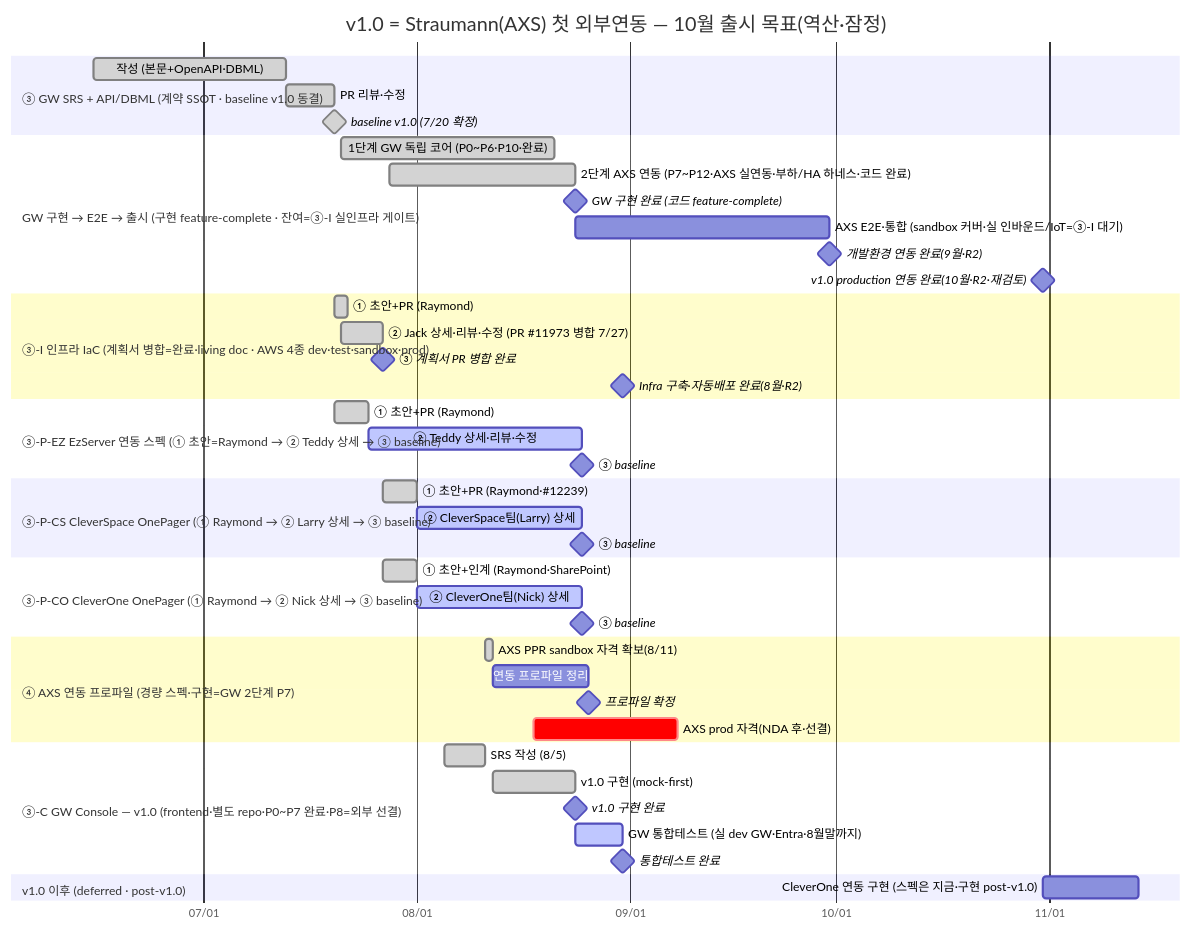
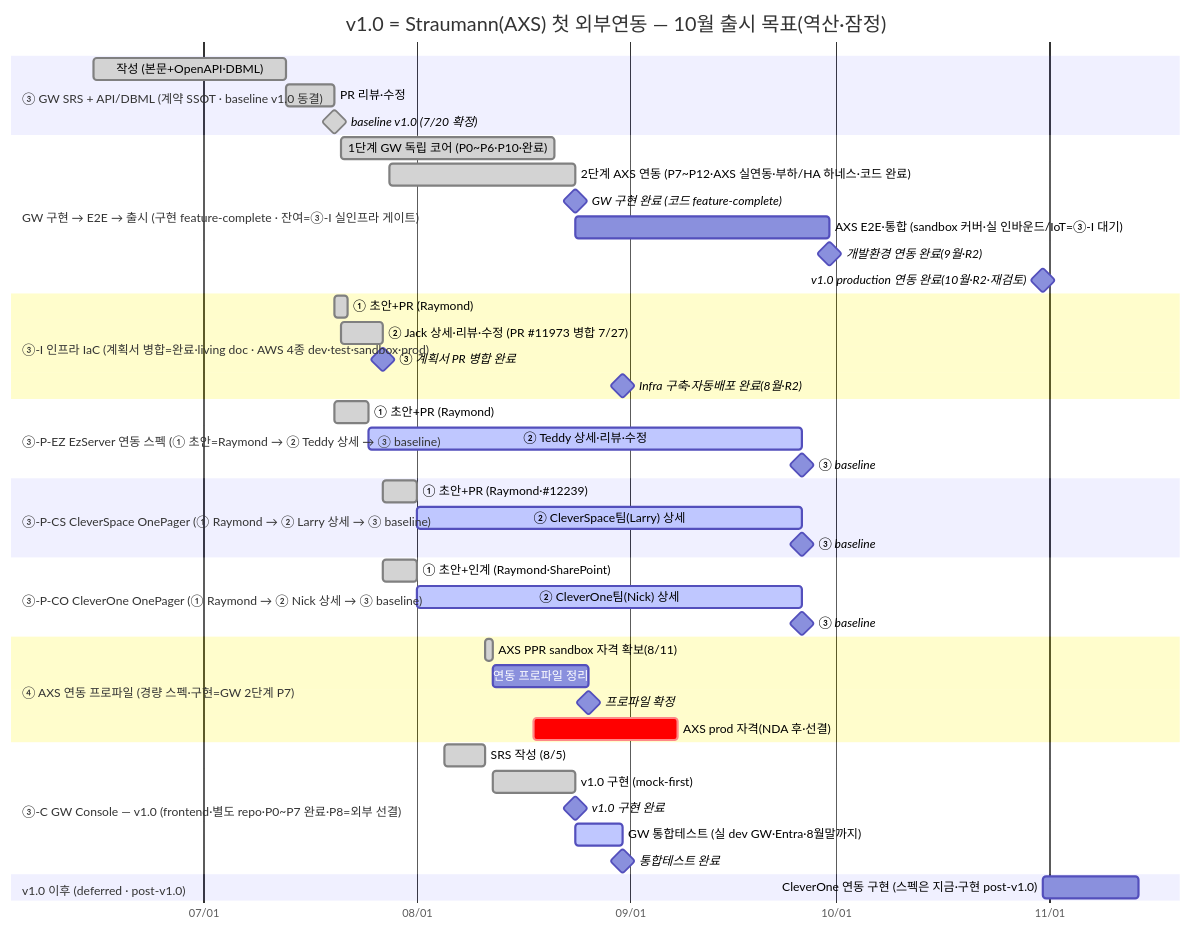
The diagram in docs/VT_API_Gateway/08.VT_API_Gateway/주간회의-Agenda.md (gracegyu/scp-architecture), drawn with Mermaid before and after one commit. The commit also changed other lines of this file, not shown here.

````diff
--- a/docs/VT_API_Gateway/08.VT_API_Gateway/주간회의-Agenda.md
+++ b/docs/VT_API_Gateway/08.VT_API_Gateway/주간회의-Agenda.md
@@ -62,57 +88,57 @@
     ```mermaid
     gantt
         title v1.0 = Straumann(AXS) 첫 외부연동 — 10월 출시 목표(역산·잠정)
         dateFormat YYYY-MM-DD
         axisFormat %m/%d
         todayMarker stroke-width:3px,stroke:#d33,opacity:0.6
 
         section ③ GW SRS + API/DBML (계약 SSOT · baseline v1.0 동결)
         작성 (본문+OpenAPI·DBML)       :done, srsw, 2026-06-15, 28d
         PR 리뷰·수정                  :done, srspr, 2026-07-13, 2026-07-20
         baseline v1.0 (7/20 확정)      :milestone, done, srsbl, 2026-07-20, 0d
 
         section GW 구현 → E2E → 출시 (구현 feature-complete · 잔여=③-I 실인프라 게이트)
         1단계 GW 독립 코어 (P0~P6·P10·완료) :done, implindep, 2026-07-21, 31d
         2단계 AXS 연동 (P7~P12·AXS 실연동·부하/HA 하네스·코드 완료) :done, implaxs, 2026-07-28, 2026-08-24
         GW 구현 완료 (코드 feature-complete) :milestone, impldone, 2026-08-24, 0d
         AXS E2E·통합 (sandbox 커버·실 인바운드/IoT=③-I 대기) :e2e, 2026-08-24, 2026-09-30
         개발환경 연동 완료(9월·R2)      :milestone, dev9, 2026-09-30, 0d
         v1.0 production 연동 완료(10월·R2·재검토) :milestone, rel, 2026-10-31, 0d
 
         section ③-I 인프라 IaC (계획서 병합=완료·living doc · AWS 4종 dev·test·sandbox·prod)
         ① 초안+PR (Raymond)            :done, infw, 2026-07-20, 2d
         ② Jack 상세·리뷰·수정 (PR #11973 병합 7/27) :done, infpr, 2026-07-21, 6d
         ③ 계획서 PR 병합 완료          :milestone, infbl, 2026-07-27, 0d
         Infra 구축·자동배포 완료(8월·R2) :milestone, infra8, 2026-08-31, 0d
 
         section ③-P-EZ EzServer 연동 스펙 (① 초안=Raymond → ② Teddy 상세 → ③ baseline)
         ① 초안+PR (Raymond)            :done, ezw, 2026-07-20, 5d
-        ② Teddy 상세·리뷰·수정         :active, ezpr, after ezw, 31d
+        ② Teddy 상세·리뷰·수정         :active, ezpr, after ezw, 63d
         ③ baseline                     :milestone, ezbl, after ezpr, 0d
 
         section ③-P-CS CleverSpace OnePager (① Raymond → ② Larry 상세 → ③ baseline)
         ① 초안+PR (Raymond·#12239)     :done, cssub, 2026-07-27, 5d
-        ② CleverSpace팀(Larry) 상세    :active, cspr, after cssub, 24d
+        ② CleverSpace팀(Larry) 상세    :active, cspr, after cssub, 56d
         ③ baseline                     :milestone, csbl, after cspr, 0d
 
         section ③-P-CO CleverOne OnePager (① Raymond → ② Nick 상세 → ③ baseline)
         ① 초안+인계 (Raymond·SharePoint) :done, cosub, 2026-07-27, 5d
-        ② CleverOne팀(Nick) 상세       :active, copr, after cosub, 24d
+        ② CleverOne팀(Nick) 상세       :active, copr, after cosub, 56d
         ③ baseline                     :milestone, cobl, after copr, 0d
 
         section ④ AXS 연동 프로파일 (경량 스펙·구현=GW 2단계 P7)
         AXS PPR sandbox 자격 확보(8/11) :done, cred, 2026-08-11, 1d
         연동 프로파일 정리             :axsw, after cred, 14d
         프로파일 확정                  :milestone, axsbl, after axsw, 0d
         AXS prod 자격(NDA 후·선결)     :crit, credp, 2026-08-18, 21d
 
         section ③-C GW Console — v1.0 (frontend·별도 repo·P0~P7 완료·P8=외부 선결)
         SRS 작성 (8/5)                 :done, consrsw, 2026-08-05, 6d
         v1.0 구현 (mock-first)         :done, conv1, 2026-08-12, 2026-08-24
         v1.0 구현 완료                 :milestone, conv1m, 2026-08-24, 0d
         GW 통합테스트 (실 dev GW·Entra·8월말까지) :active, contest, 2026-08-24, 2026-08-31
         통합테스트 완료                :milestone, contestm, 2026-08-31, 0d
 
         section v1.0 이후 (deferred · post-v1.0)
         CleverOne 연동 구현 (스펙은 지금·구현 post-v1.0) :codef, after rel, 14d
     ```
````
